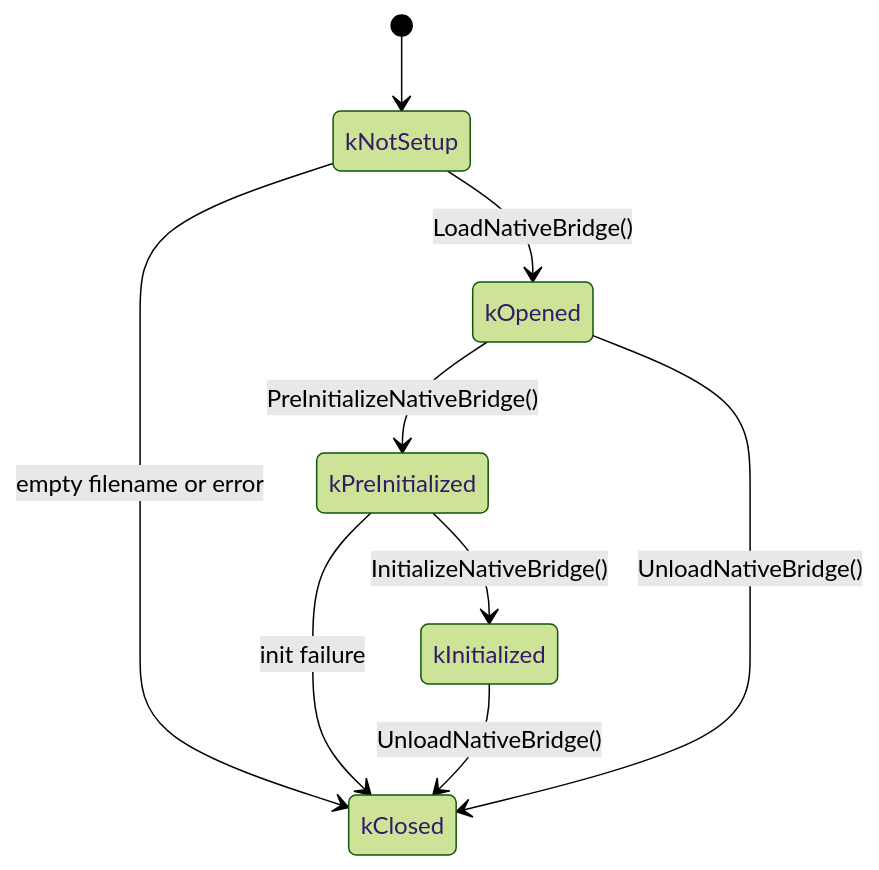
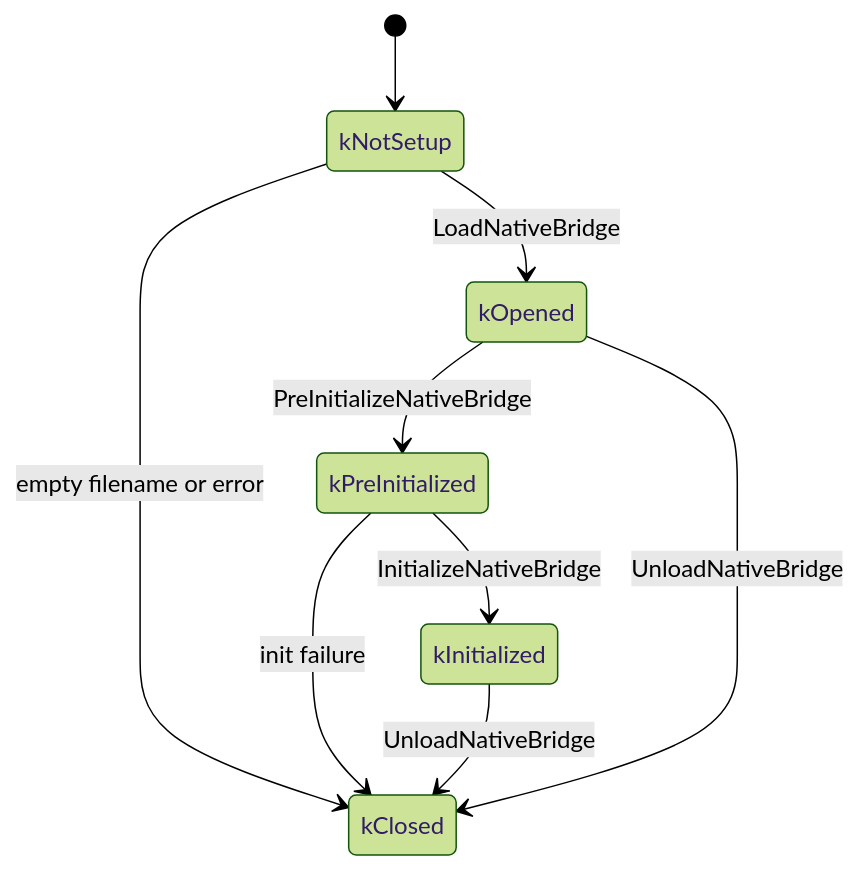
One commit to fwrite0920/aosp-internal-book changed the first of 11 diagrams in 19-native-bridge.md. Above: the diagram before and after it, drawn with Mermaid (forest theme). The commit also changed 6 other files, not shown here.

First line of the commit message:
Fix Mermaid diagrams and formatting in Parts V-VI (chapters 18-25)

````diff
--- a/19-native-bridge.md
+++ b/19-native-bridge.md
@@ -206,11 +206,11 @@
 ```mermaid
 stateDiagram-v2
     [*] --> kNotSetup
-    kNotSetup --> kOpened : LoadNativeBridge()
+    kNotSetup --> kOpened : LoadNativeBridge
     kNotSetup --> kClosed : empty filename or error
-    kOpened --> kPreInitialized : PreInitializeNativeBridge()
-    kPreInitialized --> kInitialized : InitializeNativeBridge()
+    kOpened --> kPreInitialized : PreInitializeNativeBridge
+    kPreInitialized --> kInitialized : InitializeNativeBridge
     kPreInitialized --> kClosed : init failure
-    kInitialized --> kClosed : UnloadNativeBridge()
-    kOpened --> kClosed : UnloadNativeBridge()
+    kInitialized --> kClosed : UnloadNativeBridge
+    kOpened --> kClosed : UnloadNativeBridge
 ```
````
